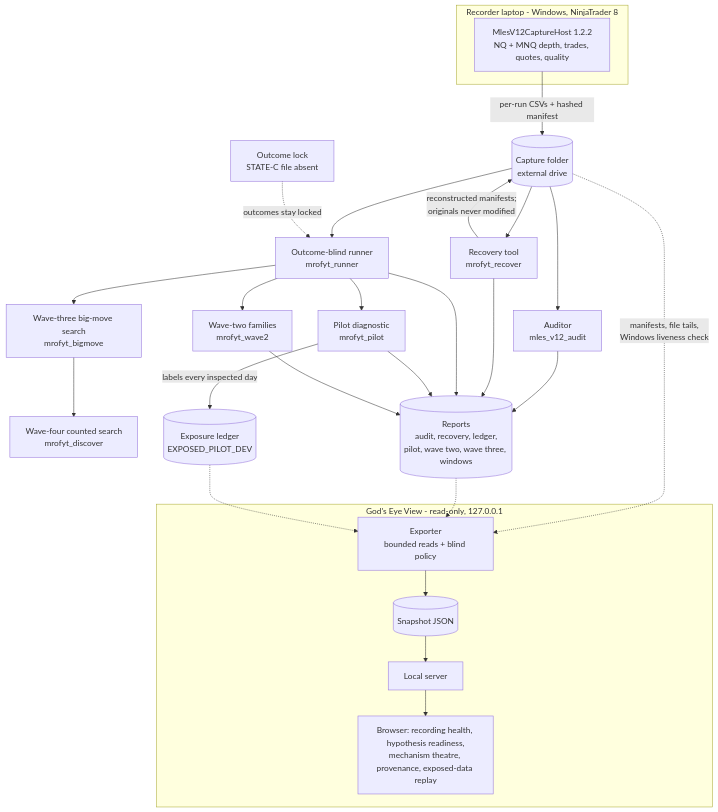
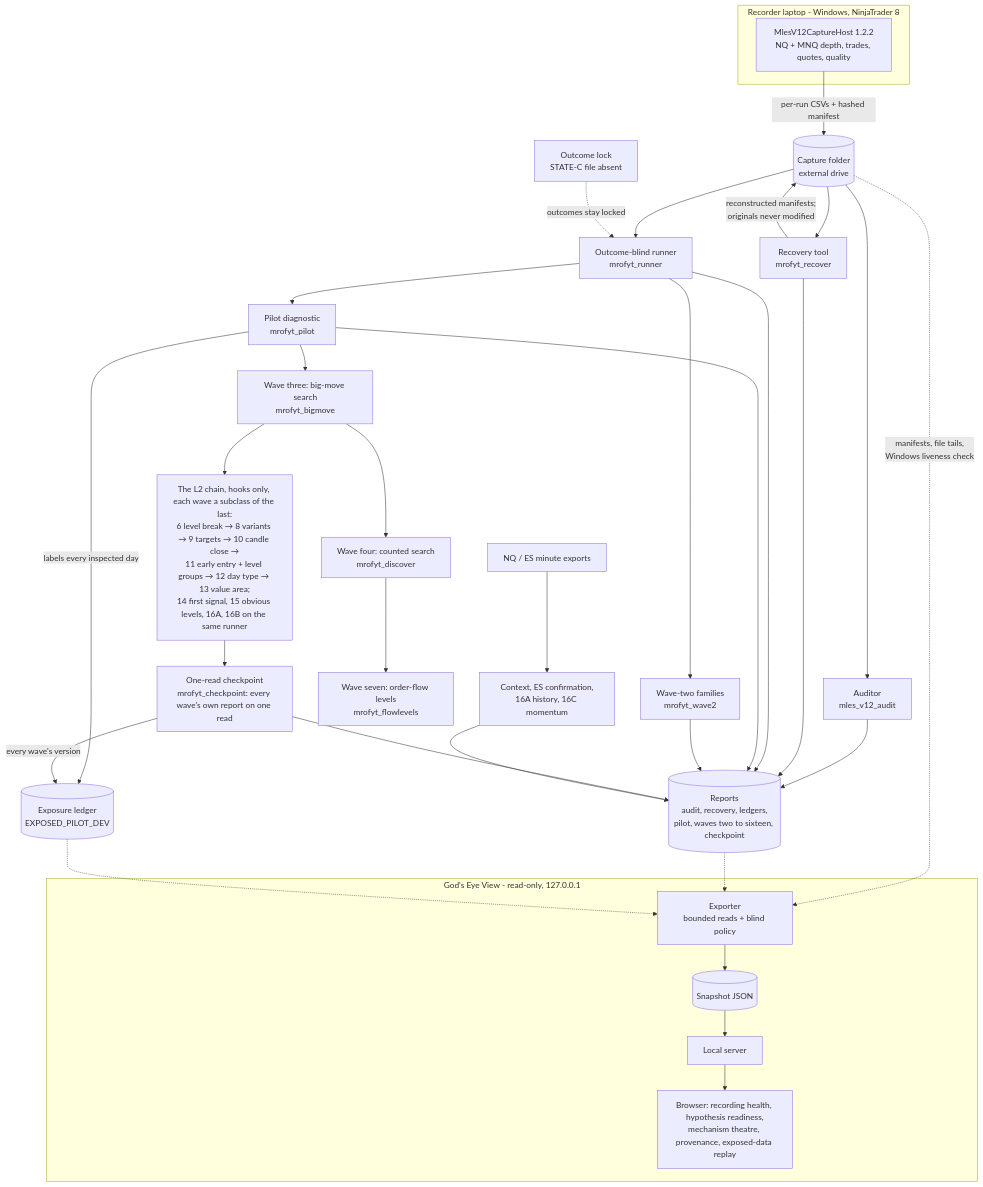
One commit to Heshh999/NGUQT changed the second of 2 diagrams in README.md. Above: the diagram before and after it, drawn with Mermaid. The commit also changed other lines of this file, not shown here.

First line of the commit message:
README: bring the order-flow pipeline diagram and status up to V40

````diff
--- a/README.md
+++ b/README.md
@@ -85,30 +85,37 @@
 ```mermaid
 flowchart TB
     subgraph REC["Recorder laptop - Windows, NinjaTrader 8"]
         R["MlesV12CaptureHost 1.2.2<br/>NQ + MNQ depth, trades, quotes, quality"]
     end
     R -->|"per-run CSVs + hashed manifest"| CF[("Capture folder<br/>external drive")]
     CF --> AU["Auditor<br/>mles_v12_audit"]
     CF --> RC["Recovery tool<br/>mrofyt_recover"]
     RC -->|"reconstructed manifests;<br/>originals never modified"| CF
     CF --> RN["Outcome-blind runner<br/>mrofyt_runner"]
     RN --> PI["Pilot diagnostic<br/>mrofyt_pilot"]
     RN --> W2["Wave-two families<br/>mrofyt_wave2"]
-    RN --> W3["Wave-three big-move search<br/>mrofyt_bigmove"]
-    W3 --> W4["Wave-four counted search<br/>mrofyt_discover"]
+    PI --> W3["Wave three: big-move search<br/>mrofyt_bigmove"]
+    W3 --> W4["Wave four: counted search<br/>mrofyt_discover"]
+    W4 --> W7["Wave seven: order-flow levels<br/>mrofyt_flowlevels"]
+    W3 --> CH["The L2 chain, hooks only, each wave a subclass of the last:<br/>6 level break → 8 variants → 9 targets → 10 candle close →<br/>11 early entry + level groups → 12 day type → 13 value area;<br/>14 first signal, 15 obvious levels, 16A, 16B on the same runner"]
+    CH --> CP["One-read checkpoint<br/>mrofyt_checkpoint: every wave's own report on one read"]
+    MB["NQ / ES minute exports"] --> CX["Context, ES confirmation,<br/>16A history, 16C momentum"]
     PI -->|"labels every inspected day"| LG[("Exposure ledger<br/>EXPOSED_PILOT_DEV")]
-    AU --> RP[("Reports<br/>audit, recovery, ledger,<br/>pilot, wave two, wave three, windows")]
+    CP -->|"every wave's version"| LG
+    AU --> RP[("Reports<br/>audit, recovery, ledgers,<br/>pilot, waves two to sixteen, checkpoint")]
     RC --> RP
     RN --> RP
     PI --> RP
     W2 --> RP
+    CP --> RP
+    CX --> RP
     LOCK["Outcome lock<br/>STATE-C file absent"] -.->|"outcomes stay locked"| RN
     subgraph GE["God's Eye View - read-only, 127.0.0.1"]
         EX["Exporter<br/>bounded reads + blind policy"] --> SN[("Snapshot JSON")]
         SN --> SV["Local server"]
         SV --> UI["Browser: recording health, hypothesis readiness,<br/>mechanism theatre, provenance, exposed-data replay"]
     end
     CF -.->|"manifests, file tails,<br/>Windows liveness check"| EX
     RP -.-> EX
     LG -.-> EX
 ```
````
